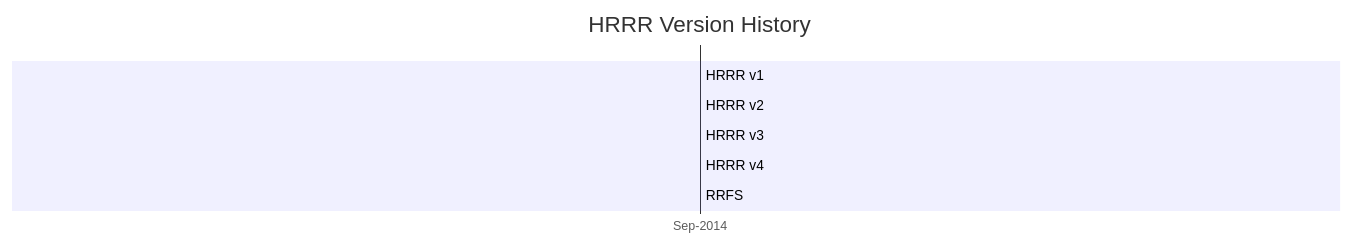
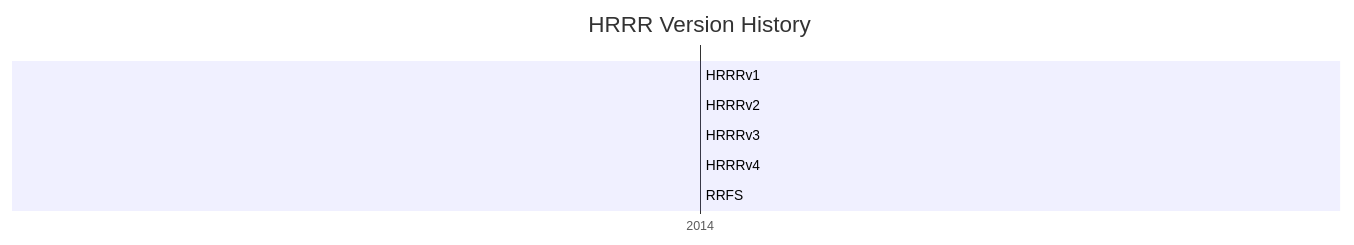
One commit to blaylockbk/Herbie changed the first of 2 diagrams in docs/user_guide/model_info.md. Above: the diagram before and after it, drawn with Mermaid. The commit also changed other lines of this file, not shown here.

Commit message:
add some references for HRRR

````diff
--- a/docs/user_guide/model_info.md
+++ b/docs/user_guide/model_info.md
@@ -9,10 +19,10 @@
 ```{mermaid}
 gantt
   title HRRR Version History
-  axisFormat %b-%Y
-  HRRR v1 :        v1, 2014-09-30, 2016-8-23
-  HRRR v2 :        v2, after v1, 2018-7-12
-  HRRR v3 :        v3, after v2, 2020-12-2
-  HRRR v4 :active, v4, after v3 2020-12-2, 2024
-  RRFS :               after v4, 2026
+  axisFormat %Y
+  HRRRv1 :        2014-09-30, 2016-08-23
+  HRRRv2 :        after v1, 2018-07-12
+  HRRRv3 :        after v2, 2020-12-02
+  HRRRv4 :active, after v3 2020-12-02, 2024-11-01
+  RRFS :          after v4, 2026
 ```
````
